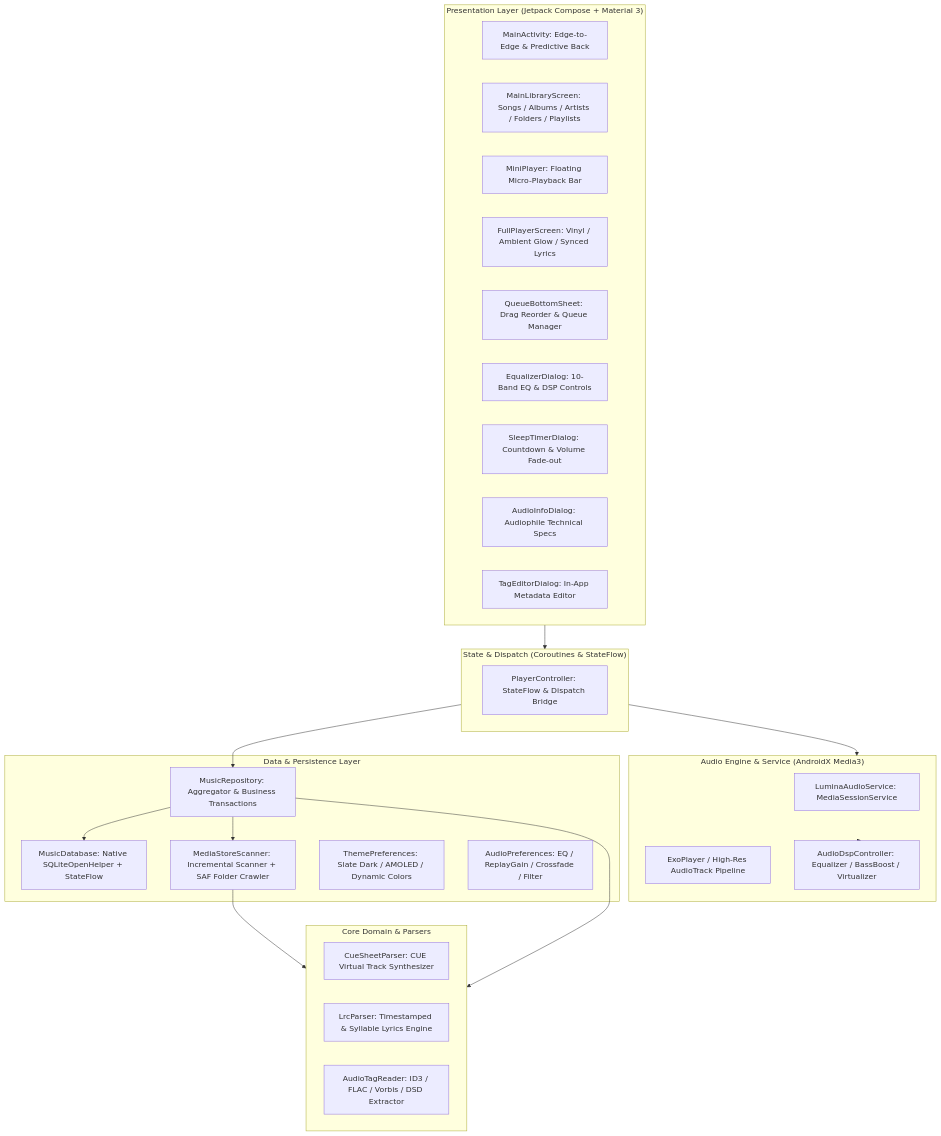
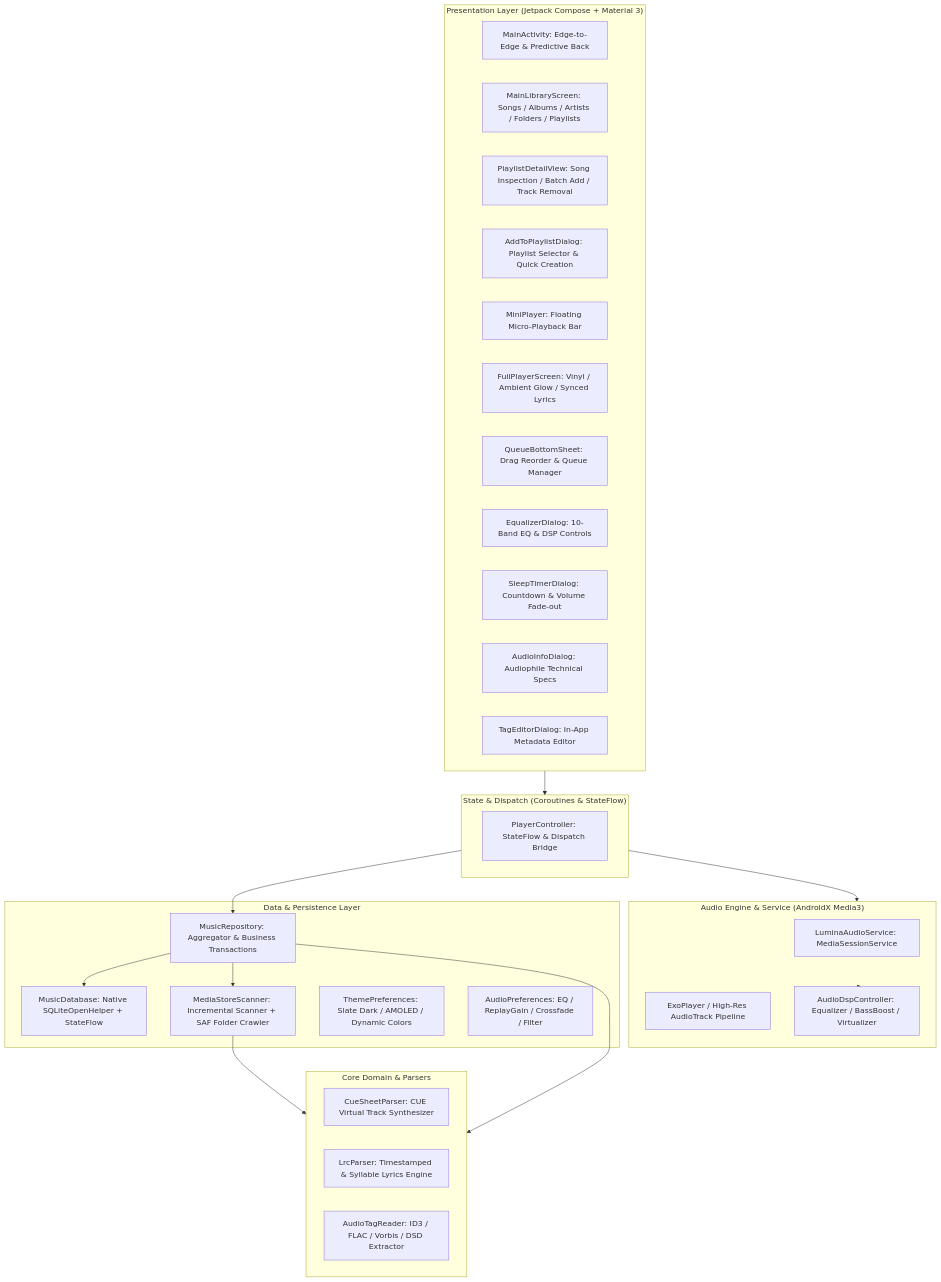
Before and after one commit to eddyflame/lumina-rhythm: the diagram in doc/ARCHITECTURE.md, drawn with Mermaid. The commit also changed other lines of this file and 16 other files, not shown here.

Commit message:
feat: add playlist song inspection, anti-pop DSP, play mode persistence, and agent workflow guidelines (v0.1.8)

````diff
--- a/doc/ARCHITECTURE.md
+++ b/doc/ARCHITECTURE.md
@@ -13,47 +13,49 @@
 ```mermaid
 graph TD
     subgraph UI ["Presentation Layer (Jetpack Compose + Material 3)"]
         MainActivity[MainActivity: Edge-to-Edge & Predictive Back]
         MainLibraryScreen[MainLibraryScreen: Songs / Albums / Artists / Folders / Playlists]
+        PlaylistDetailView[PlaylistDetailView: Song Inspection / Batch Add / Track Removal]
+        AddToPlaylistDialog[AddToPlaylistDialog: Playlist Selector & Quick Creation]
         MiniPlayer[MiniPlayer: Floating Micro-Playback Bar]
         FullPlayerScreen[FullPlayerScreen: Vinyl / Ambient Glow / Synced Lyrics]
         QueueSheet[QueueBottomSheet: Drag Reorder & Queue Manager]
         EqualizerDialog[EqualizerDialog: 10-Band EQ & DSP Controls]
         SleepTimerDialog[SleepTimerDialog: Countdown & Volume Fade-out]
         AudioInfoDialog[AudioInfoDialog: Audiophile Technical Specs]
         TagEditorDialog[TagEditorDialog: In-App Metadata Editor]
     end
 
     subgraph ServiceLayer ["Audio Engine & Service (AndroidX Media3)"]
         LuminaAudioService[LuminaAudioService: MediaSessionService]
         ExoPlayerEngine[ExoPlayer / High-Res AudioTrack Pipeline]
         AudioDspController[AudioDspController: Equalizer / BassBoost / Virtualizer]
     end
 
     subgraph Controller ["State & Dispatch (Coroutines & StateFlow)"]
         PlayerController[PlayerController: StateFlow & Dispatch Bridge]
     end
 
     subgraph CoreDomain ["Core Domain & Parsers"]
         CueSheetParser[CueSheetParser: CUE Virtual Track Synthesizer]
         LrcParser[LrcParser: Timestamped & Syllable Lyrics Engine]
         AudioTagReader[AudioTagReader: ID3 / FLAC / Vorbis / DSD Extractor]
     end
 
     subgraph DataPersistence ["Data & Persistence Layer"]
         MusicDatabase[MusicDatabase: Native SQLiteOpenHelper + StateFlow]
         MediaStoreScanner[MediaStoreScanner: Incremental Scanner + SAF Folder Crawler]
         MusicRepository[MusicRepository: Aggregator & Business Transactions]
         ThemePreferences[ThemePreferences: Slate Dark / AMOLED / Dynamic Colors]
         AudioPreferences[AudioPreferences: EQ / ReplayGain / Crossfade / Filter]
     end
 
     UI --> Controller
     Controller --> ServiceLayer
     Controller --> MusicRepository
     ServiceLayer --> AudioDspController
     MusicRepository --> MusicDatabase
     MusicRepository --> MediaStoreScanner
     MediaStoreScanner --> CoreDomain
     MusicRepository --> CoreDomain
 ```
````
